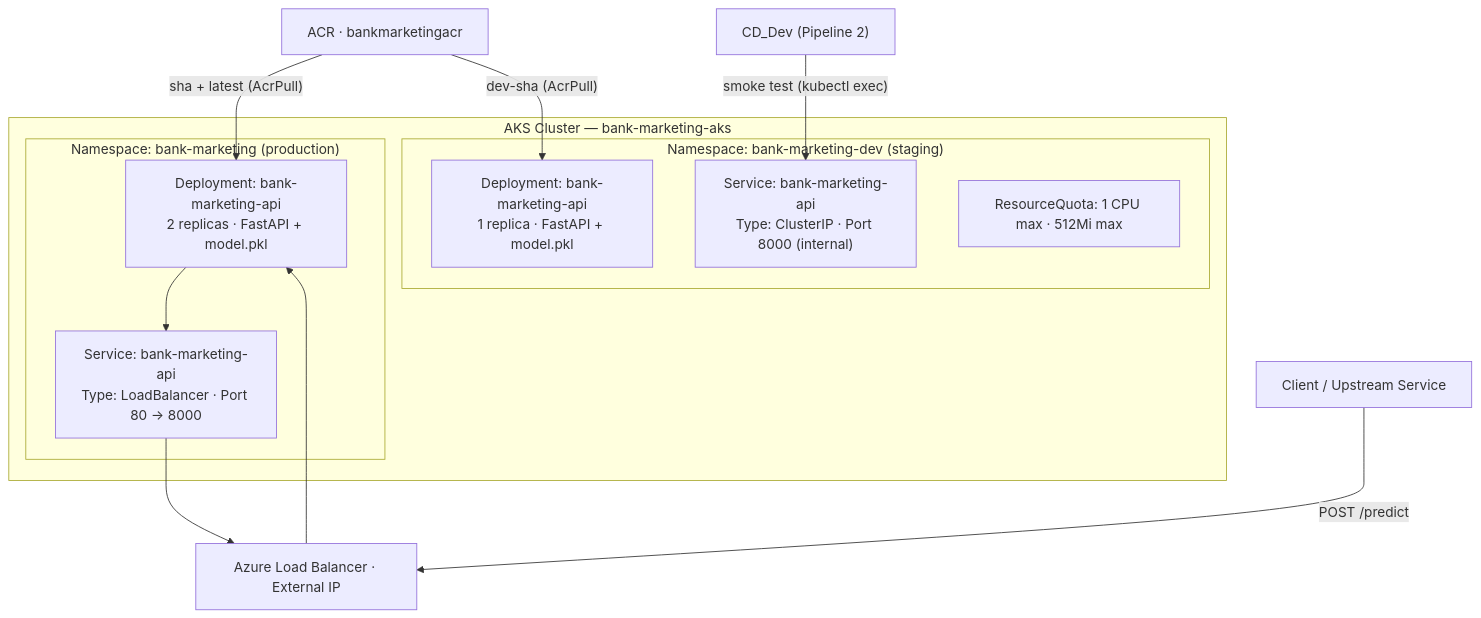
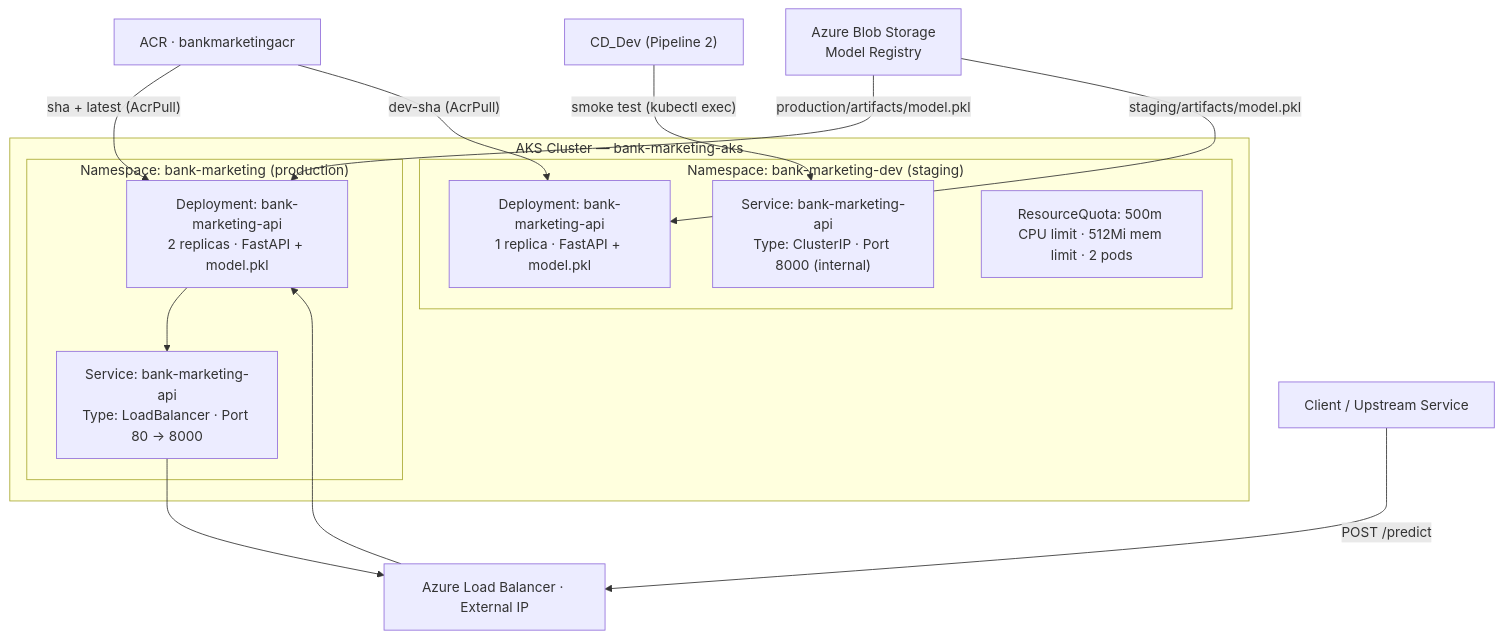
Before and after one commit to Annemarie-Bester/marketing-model-mlops-azure: the sixth of 7 diagrams in docs/architecture.md, drawn with Mermaid. The commit also changed other lines of this file and 17 other files, not shown here.

````diff
--- a/docs/architecture.md
+++ b/docs/architecture.md
@@ -459,27 +484,30 @@
 ```mermaid
 flowchart TD
     subgraph AKS["AKS Cluster — bank-marketing-aks"]
         subgraph NS_PROD["Namespace: bank-marketing (production)"]
             DEP_PROD["Deployment: bank-marketing-api<br/>2 replicas · FastAPI + model.pkl"]
             SVC_PROD["Service: bank-marketing-api<br/>Type: LoadBalancer · Port 80 → 8000"]
         end
         subgraph NS_DEV["Namespace: bank-marketing-dev (staging)"]
             DEP_DEV["Deployment: bank-marketing-api<br/>1 replica · FastAPI + model.pkl"]
             SVC_DEV["Service: bank-marketing-api<br/>Type: ClusterIP · Port 8000 (internal)"]
-            RQ["ResourceQuota: 1 CPU max · 512Mi max"]
+            RQ["ResourceQuota: 500m CPU limit · 512Mi mem limit · 2 pods"]
         end
     end
 
     ACR["ACR · bankmarketingacr"]
+    BLOB["Azure Blob Storage<br/>Model Registry"]
     LB["Azure Load Balancer · External IP"]
     CLIENT["Client / Upstream Service"]
     CICD["CD_Dev (Pipeline 2)"]
 
     ACR -->|"sha + latest (AcrPull)"| DEP_PROD
     ACR -->|"dev-sha (AcrPull)"| DEP_DEV
+    BLOB -->|"production/artifacts/model.pkl"| DEP_PROD
+    BLOB -->|"staging/artifacts/model.pkl"| DEP_DEV
     DEP_PROD --> SVC_PROD
     SVC_PROD --> LB
     CLIENT -->|"POST /predict"| LB
     LB --> DEP_PROD
     CICD -->|"smoke test (kubectl exec)"| SVC_DEV
 ```
````
